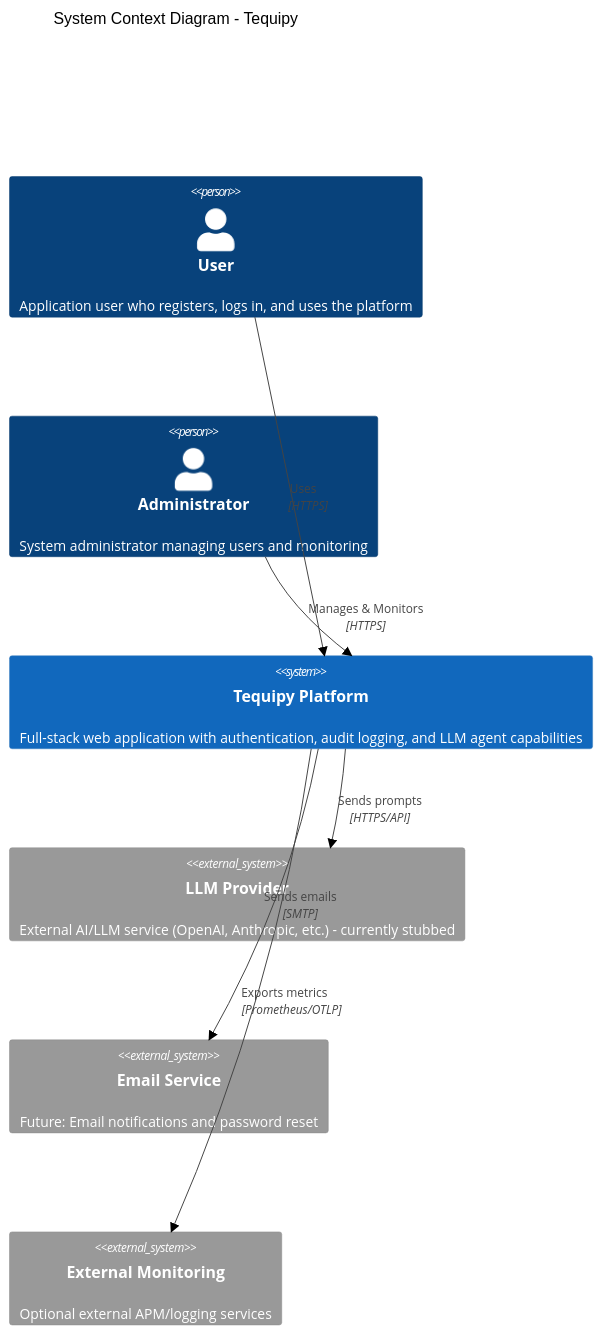
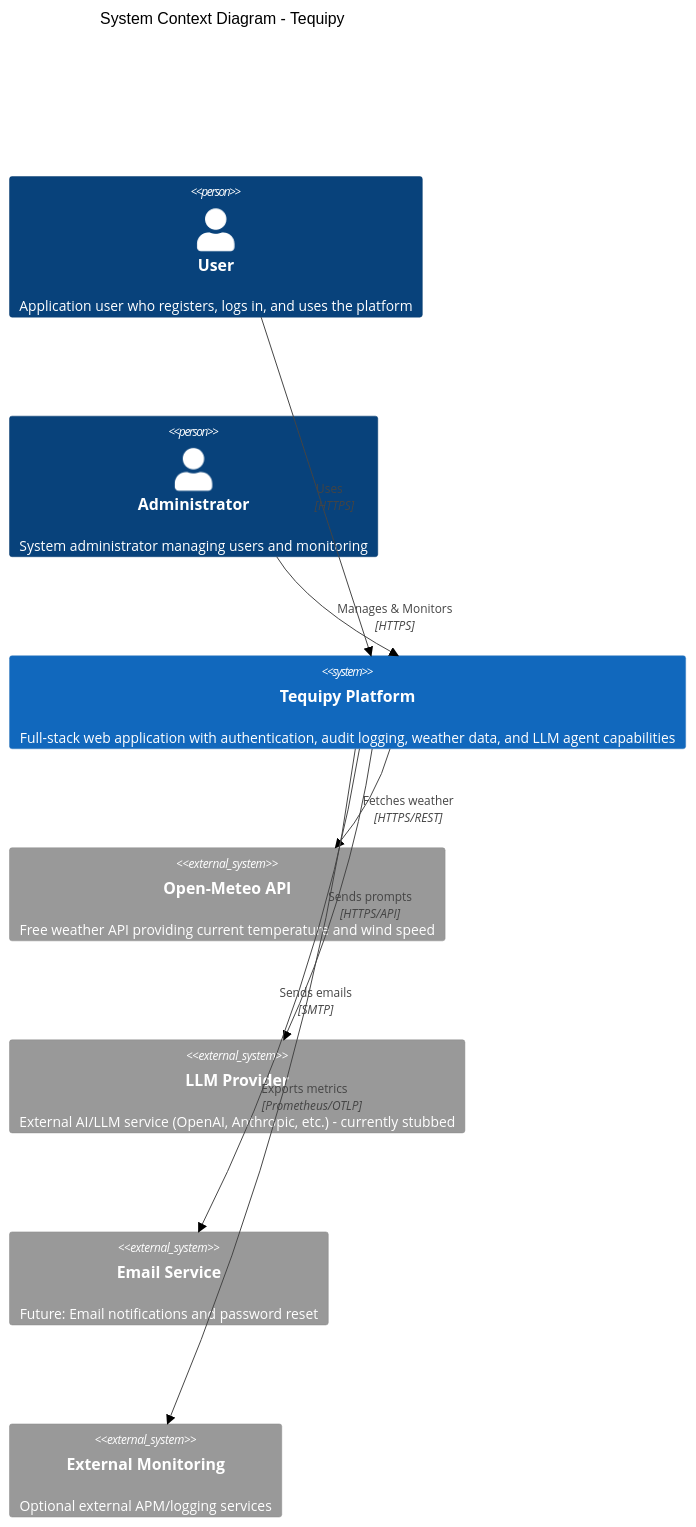
Before and after one commit to matadcze/tequipy: the diagram in docs/architecture/01-system-context.md, drawn with Mermaid (neutral theme). The commit also changed other lines of this file and 6 other files, not shown here.

First line of the commit message:
docs: add architecture documentation for weather API integration

````diff
--- a/docs/architecture/01-system-context.md
+++ b/docs/architecture/01-system-context.md
@@ -9,19 +9,21 @@
 ```mermaid
 C4Context
     title System Context Diagram - Tequipy
 
     Person(user, "User", "Application user who registers, logs in, and uses the platform")
     Person(admin, "Administrator", "System administrator managing users and monitoring")
 
-    System(tequipy, "Tequipy Platform", "Full-stack web application with authentication, audit logging, and LLM agent capabilities")
+    System(tequipy, "Tequipy Platform", "Full-stack web application with authentication, audit logging, weather data, and LLM agent capabilities")
 
+    System_Ext(openmeteo, "Open-Meteo API", "Free weather API providing current temperature and wind speed")
     System_Ext(llm, "LLM Provider", "External AI/LLM service (OpenAI, Anthropic, etc.) - currently stubbed")
     System_Ext(email, "Email Service", "Future: Email notifications and password reset")
     System_Ext(monitoring, "External Monitoring", "Optional external APM/logging services")
 
     Rel(user, tequipy, "Uses", "HTTPS")
     Rel(admin, tequipy, "Manages & Monitors", "HTTPS")
+    Rel(tequipy, openmeteo, "Fetches weather", "HTTPS/REST")
     Rel(tequipy, llm, "Sends prompts", "HTTPS/API")
     Rel(tequipy, email, "Sends emails", "SMTP")
     Rel(tequipy, monitoring, "Exports metrics", "Prometheus/OTLP")
 ```
````
